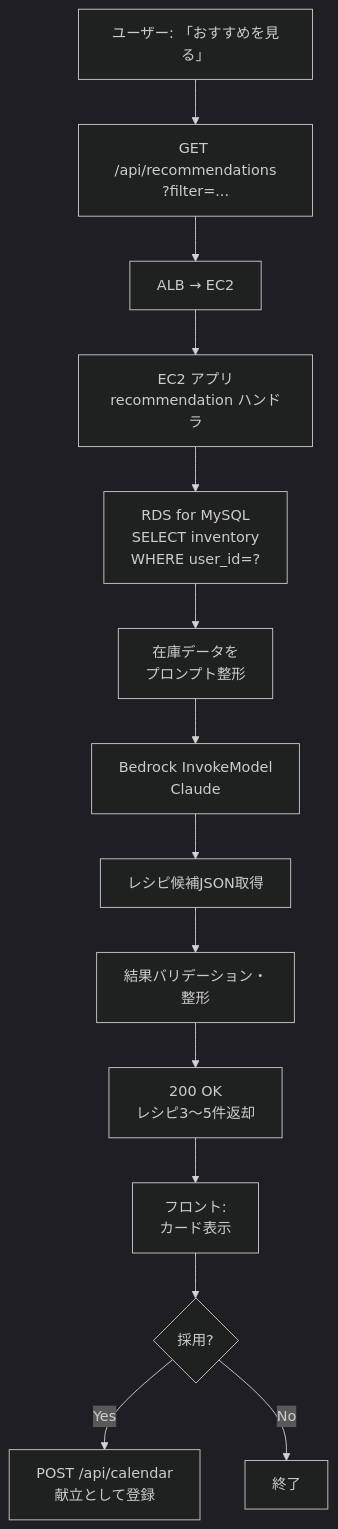
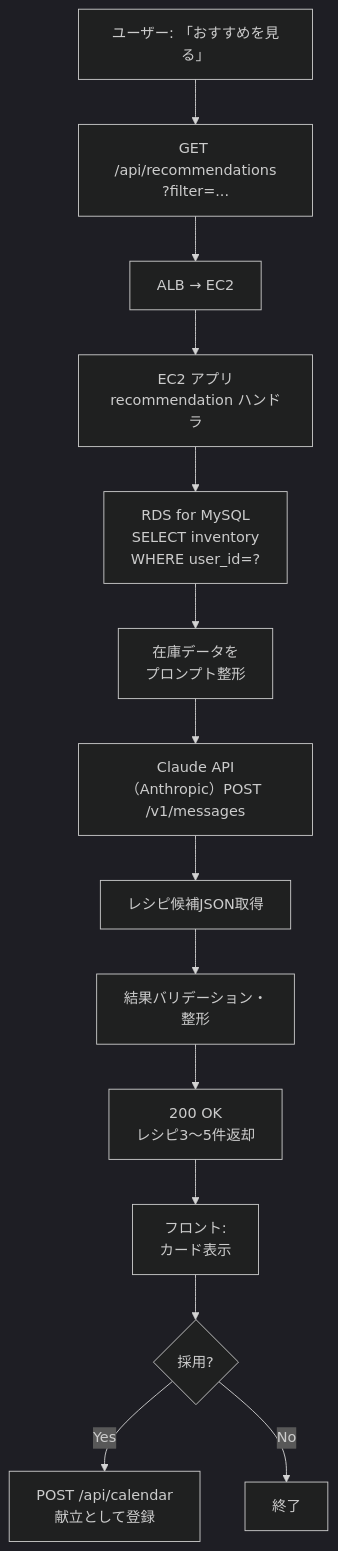
One commit to Takapon2512/recipe-rec changed the seventh of 9 diagrams in docs/design.md. Above: the diagram before and after it, drawn with Mermaid (dark theme). The commit also changed other lines of this file and 3 other files, not shown here.

````diff
--- a/docs/design.md
+++ b/docs/design.md
@@ -216,16 +216,16 @@
 ```mermaid
 flowchart TD
     A[ユーザー: 「おすすめを見る」] --> B[GET /api/recommendations<br/>?filter=...]
     B --> C[ALB → EC2]
     C --> D[EC2 アプリ<br/>recommendation ハンドラ]
     D --> E[RDS for MySQL<br/>SELECT inventory<br/>WHERE user_id=?]
     E --> F[在庫データを<br/>プロンプト整形]
-    F --> G[Bedrock InvokeModel<br/>Claude]
+    F --> G[Claude API<br/>（Anthropic）POST /v1/messages]
     G --> H[レシピ候補JSON取得]
     H --> I[結果バリデーション・<br/>整形]
     I --> J[200 OK<br/>レシピ3〜5件返却]
     J --> K[フロント:<br/>カード表示]
     K --> L{採用?}
     L -->|Yes| M[POST /api/calendar<br/>献立として登録]
     L -->|No| N[終了]
 ```
````
